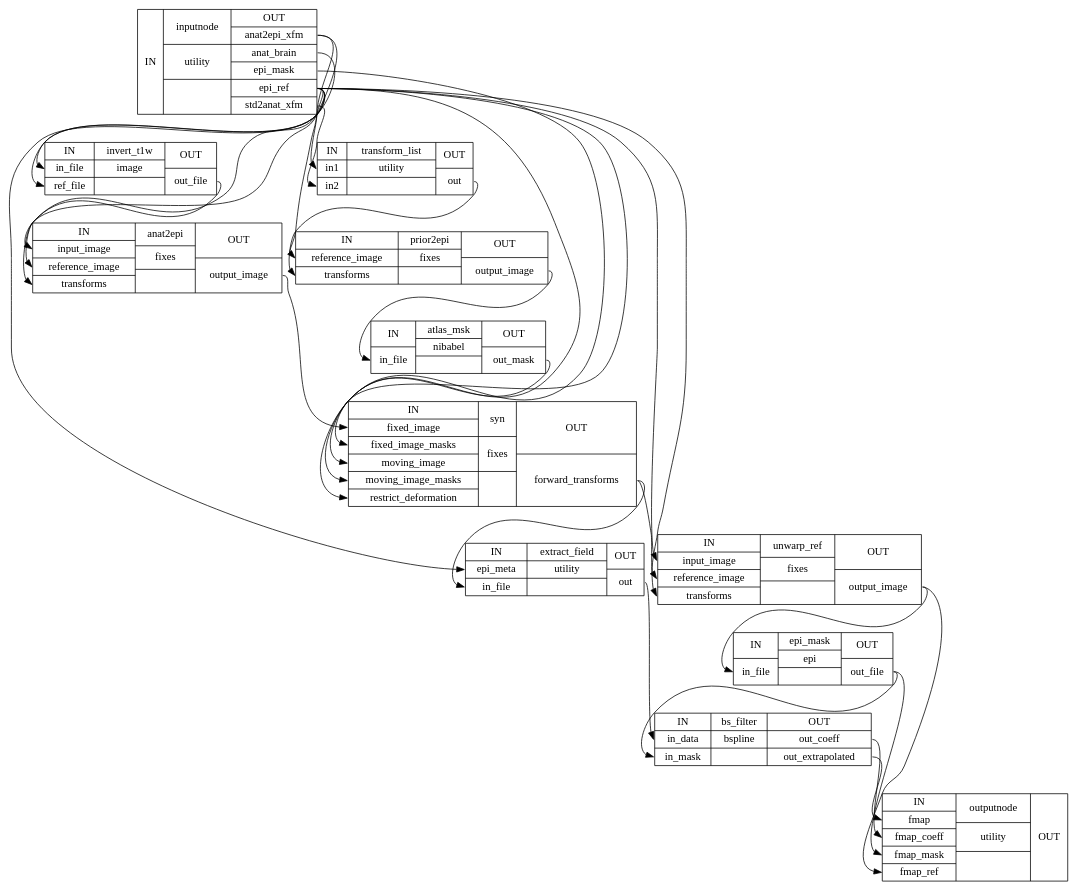
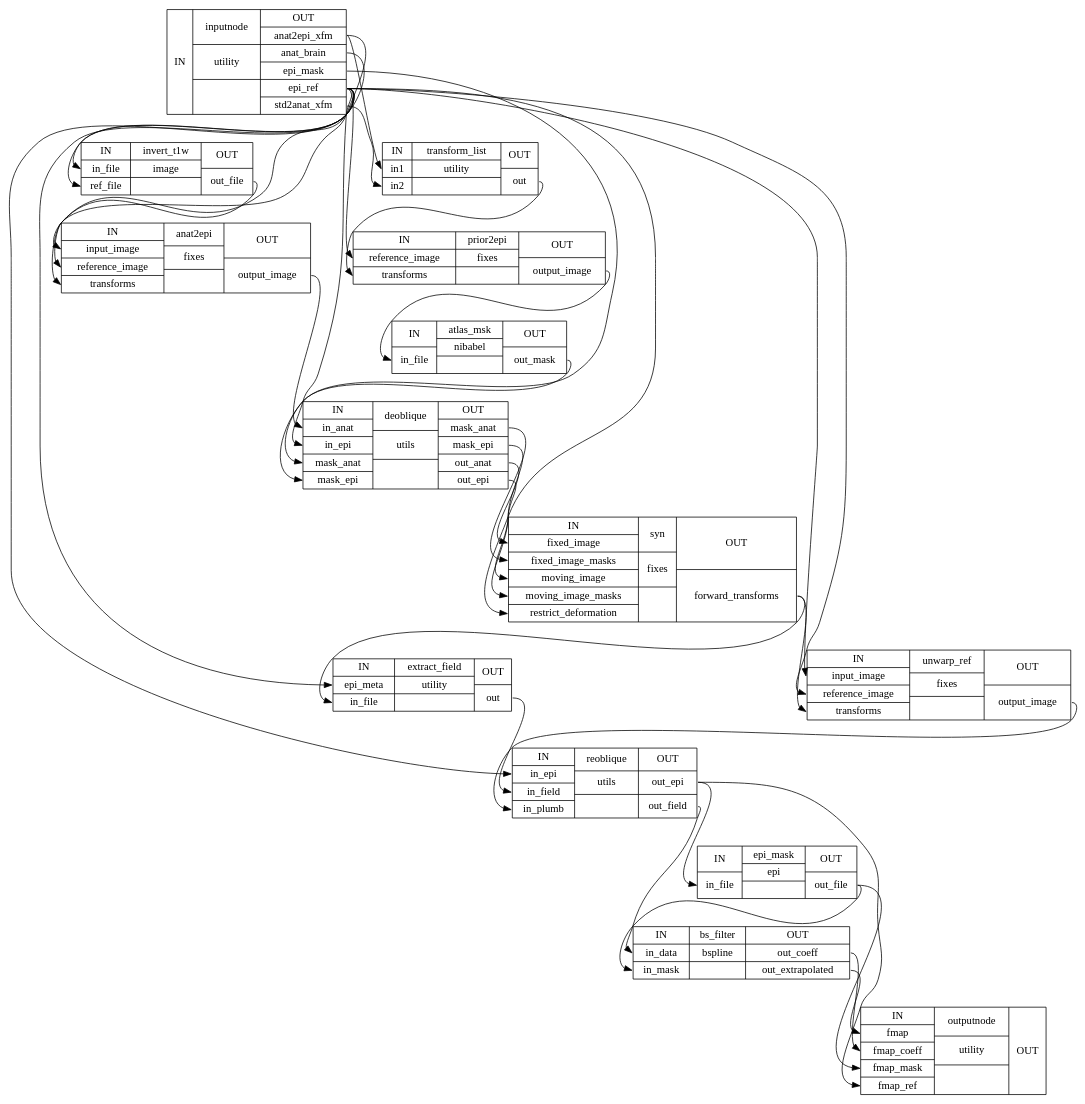
The diagram in 2.0.0rc1/wf_directive/api/syn_sdc_wf/sdcflows-workflows-fit-syn-1_detailed.dot (wayne009007/sdcflows), drawn with Graphviz before and after one commit. The commit also changed 2237 other files, not shown here.

```diff
--- a/2.0.0rc1/wf_directive/api/syn_sdc_wf/sdcflows-workflows-fit-syn-1_detailed.dot
+++ b/2.0.0rc1/wf_directive/api/syn_sdc_wf/sdcflows-workflows-fit-syn-1_detailed.dot
@@ -1,42 +1,51 @@
 digraph structs {
 node [shape=record];
 syn_sdc_wfinputnode [label="{IN}|{ inputnode | utility |  }|{OUT|<outanat2epixfm> anat2epi_xfm|<outanatbrain> anat_brain|<outepimask> epi_mask|<outepiref> epi_ref|<outstd2anatxfm> std2anat_xfm}"];
 syn_sdc_wfinvert_t1w [label="{IN|<ininfile> in_file|<inreffile> ref_file}|{ invert_t1w | image |  }|{OUT|<outoutfile> out_file}"];
 syn_sdc_wfanat2epi [label="{IN|<ininputimage> input_image|<inreferenceimage> reference_image|<intransforms> transforms}|{ anat2epi | fixes |  }|{OUT|<outoutputimage> output_image}"];
 syn_sdc_wftransform_list [label="{IN|<inin1> in1|<inin2> in2}|{ transform_list | utility |  }|{OUT|<outout> out}"];
 syn_sdc_wfprior2epi [label="{IN|<inreferenceimage> reference_image|<intransforms> transforms}|{ prior2epi | fixes |  }|{OUT|<outoutputimage> output_image}"];
 syn_sdc_wfatlas_msk [label="{IN|<ininfile> in_file}|{ atlas_msk | nibabel |  }|{OUT|<outoutmask> out_mask}"];
+syn_sdc_wfdeoblique [label="{IN|<ininanat> in_anat|<ininepi> in_epi|<inmaskanat> mask_anat|<inmaskepi> mask_epi}|{ deoblique | utils |  }|{OUT|<outmaskanat> mask_anat|<outmaskepi> mask_epi|<outoutanat> out_anat|<outoutepi> out_epi}"];
 syn_sdc_wfsyn [label="{IN|<infixedimage> fixed_image|<infixedimagemasks> fixed_image_masks|<inmovingimage> moving_image|<inmovingimagemasks> moving_image_masks|<inrestrictdeformation> restrict_deformation}|{ syn | fixes |  }|{OUT|<outforwardtransforms> forward_transforms}"];
 syn_sdc_wfunwarp_ref [label="{IN|<ininputimage> input_image|<inreferenceimage> reference_image|<intransforms> transforms}|{ unwarp_ref | fixes |  }|{OUT|<outoutputimage> output_image}"];
+syn_sdc_wfextract_field [label="{IN|<inepimeta> epi_meta|<ininfile> in_file}|{ extract_field | utility |  }|{OUT|<outout> out}"];
+syn_sdc_wfreoblique [label="{IN|<ininepi> in_epi|<ininfield> in_field|<ininplumb> in_plumb}|{ reoblique | utils |  }|{OUT|<outoutepi> out_epi|<outoutfield> out_field}"];
 syn_sdc_wfepi_mask [label="{IN|<ininfile> in_file}|{ epi_mask | epi |  }|{OUT|<outoutfile> out_file}"];
-syn_sdc_wfextract_field [label="{IN|<inepimeta> epi_meta|<ininfile> in_file}|{ extract_field | utility |  }|{OUT|<outout> out}"];
 syn_sdc_wfbs_filter [label="{IN|<inindata> in_data|<ininmask> in_mask}|{ bs_filter | bspline |  }|{OUT|<outoutcoeff> out_coeff|<outoutextrapolated> out_extrapolated}"];
 syn_sdc_wfoutputnode [label="{IN|<infmap> fmap|<infmapcoeff> fmap_coeff|<infmapmask> fmap_mask|<infmapref> fmap_ref}|{ outputnode | utility |  }|{OUT}"];
-syn_sdc_wfanat2epi:outoutputimage:e -> syn_sdc_wfsyn:infixedimage:w;
-syn_sdc_wfatlas_msk:outoutmask:e -> syn_sdc_wfsyn:infixedimagemasks:w;
+syn_sdc_wfanat2epi:outoutputimage:e -> syn_sdc_wfdeoblique:ininanat:w;
+syn_sdc_wfatlas_msk:outoutmask:e -> syn_sdc_wfdeoblique:inmaskanat:w;
 syn_sdc_wfbs_filter:outoutcoeff:e -> syn_sdc_wfoutputnode:infmapcoeff:w;
 syn_sdc_wfbs_filter:outoutextrapolated:e -> syn_sdc_wfoutputnode:infmap:w;
+syn_sdc_wfdeoblique:outmaskanat:e -> syn_sdc_wfsyn:infixedimagemasks:w;
+syn_sdc_wfdeoblique:outmaskepi:e -> syn_sdc_wfsyn:inmovingimagemasks:w;
+syn_sdc_wfdeoblique:outoutanat:e -> syn_sdc_wfsyn:infixedimage:w;
+syn_sdc_wfdeoblique:outoutepi:e -> syn_sdc_wfsyn:inmovingimage:w;
 syn_sdc_wfepi_mask:outoutfile:e -> syn_sdc_wfbs_filter:ininmask:w;
 syn_sdc_wfepi_mask:outoutfile:e -> syn_sdc_wfoutputnode:infmapmask:w;
-syn_sdc_wfextract_field:outout:e -> syn_sdc_wfbs_filter:inindata:w;
+syn_sdc_wfextract_field:outout:e -> syn_sdc_wfreoblique:ininfield:w;
 syn_sdc_wfinputnode:outanat2epixfm:e -> syn_sdc_wfanat2epi:intransforms:w;
 syn_sdc_wfinputnode:outanat2epixfm:e -> syn_sdc_wftransform_list:inin1:w;
 syn_sdc_wfinputnode:outanatbrain:e -> syn_sdc_wfinvert_t1w:ininfile:w;
-syn_sdc_wfinputnode:outepimask:e -> syn_sdc_wfsyn:inmovingimagemasks:w;
+syn_sdc_wfinputnode:outepimask:e -> syn_sdc_wfdeoblique:inmaskepi:w;
 syn_sdc_wfinputnode:outepiref:e -> syn_sdc_wfanat2epi:inreferenceimage:w;
+syn_sdc_wfinputnode:outepiref:e -> syn_sdc_wfdeoblique:ininepi:w;
 syn_sdc_wfinputnode:outepiref:e -> syn_sdc_wfextract_field:inepimeta:w;
 syn_sdc_wfinputnode:outepiref:e -> syn_sdc_wfinvert_t1w:inreffile:w;
 syn_sdc_wfinputnode:outepiref:e -> syn_sdc_wfprior2epi:inreferenceimage:w;
-syn_sdc_wfinputnode:outepiref:e -> syn_sdc_wfsyn:inmovingimage:w;
+syn_sdc_wfinputnode:outepiref:e -> syn_sdc_wfreoblique:ininepi:w;
 syn_sdc_wfinputnode:outepiref:e -> syn_sdc_wfsyn:inrestrictdeformation:w;
 syn_sdc_wfinputnode:outepiref:e -> syn_sdc_wfunwarp_ref:ininputimage:w;
 syn_sdc_wfinputnode:outepiref:e -> syn_sdc_wfunwarp_ref:inreferenceimage:w;
 syn_sdc_wfinputnode:outstd2anatxfm:e -> syn_sdc_wftransform_list:inin2:w;
 syn_sdc_wfinvert_t1w:outoutfile:e -> syn_sdc_wfanat2epi:ininputimage:w;
 syn_sdc_wfprior2epi:outoutputimage:e -> syn_sdc_wfatlas_msk:ininfile:w;
+syn_sdc_wfreoblique:outoutepi:e -> syn_sdc_wfepi_mask:ininfile:w;
+syn_sdc_wfreoblique:outoutepi:e -> syn_sdc_wfoutputnode:infmapref:w;
+syn_sdc_wfreoblique:outoutfield:e -> syn_sdc_wfbs_filter:inindata:w;
 syn_sdc_wfsyn:outforwardtransforms:e -> syn_sdc_wfextract_field:ininfile:w;
 syn_sdc_wfsyn:outforwardtransforms:e -> syn_sdc_wfunwarp_ref:intransforms:w;
 syn_sdc_wftransform_list:outout:e -> syn_sdc_wfprior2epi:intransforms:w;
-syn_sdc_wfunwarp_ref:outoutputimage:e -> syn_sdc_wfepi_mask:ininfile:w;
-syn_sdc_wfunwarp_ref:outoutputimage:e -> syn_sdc_wfoutputnode:infmapref:w;
+syn_sdc_wfunwarp_ref:outoutputimage:e -> syn_sdc_wfreoblique:ininplumb:w;
 }
```
